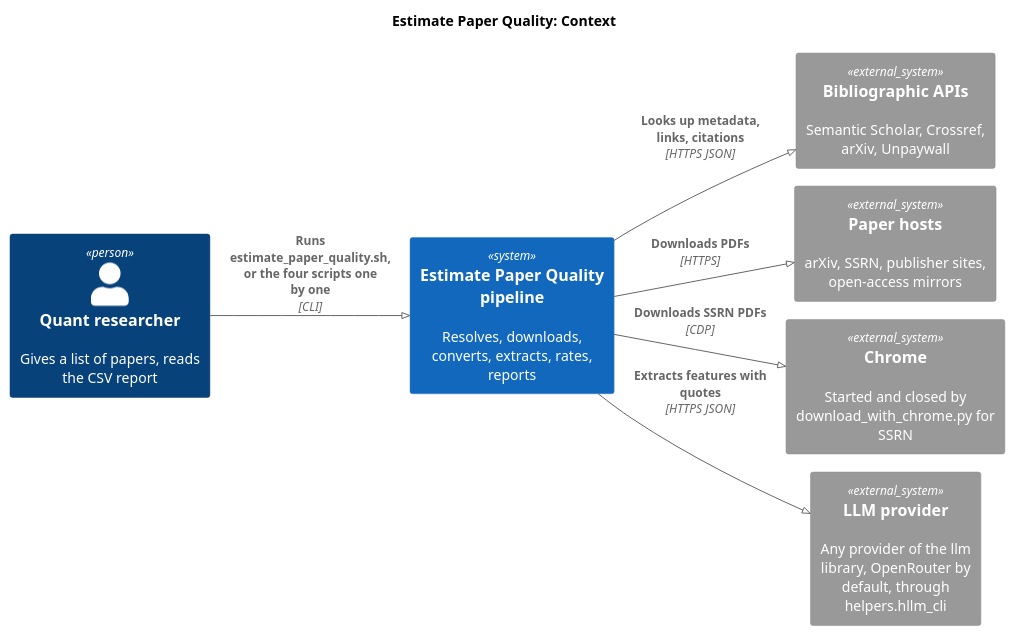
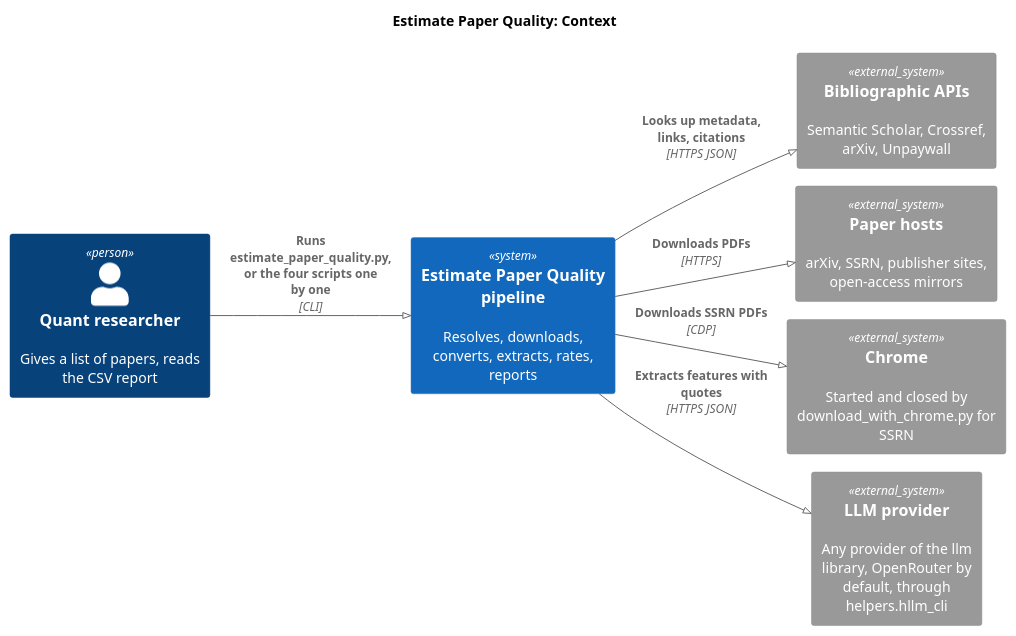
The first of 2 diagrams in research/Estimate_academic_paper_quality/docs/02-design.architecture.md (gpsaggese/gpsaggese.github.io), drawn with PlantUML before and after one commit. The commit also changed other lines of this file and 16 other files, not shown here.

````diff
--- a/research/Estimate_academic_paper_quality/docs/02-design.architecture.md
+++ b/research/Estimate_academic_paper_quality/docs/02-design.architecture.md
@@ -56,17 +56,17 @@
 ```plantuml
 !pragma layout smetana
 !include <C4/C4_Context>
 LAYOUT_LEFT_RIGHT()
 title Estimate Paper Quality: Context
 Person(user, "Quant researcher", "Gives a list of papers, reads the CSV report")
 System(epq, "Estimate Paper Quality pipeline", "Resolves, downloads, converts, extracts, rates, reports")
 System_Ext(bib, "Bibliographic APIs", "Semantic Scholar, Crossref, arXiv, Unpaywall")
 System_Ext(sites, "Paper hosts", "arXiv, SSRN, publisher sites, open-access mirrors")
 System_Ext(chrome, "Chrome", "Started and closed by download_with_chrome.py for SSRN")
 System_Ext(llm, "LLM provider", "Any provider of the llm library, OpenRouter by default, through helpers.hllm_cli")
-Rel(user, epq, "Runs estimate_paper_quality.sh, or the four scripts one by one", "CLI")
+Rel(user, epq, "Runs estimate_paper_quality.py, or the four scripts one by one", "CLI")
 Rel(epq, bib, "Looks up metadata, links, citations", "HTTPS JSON")
 Rel(epq, sites, "Downloads PDFs", "HTTPS")
 Rel(epq, chrome, "Downloads SSRN PDFs", "CDP")
 Rel(epq, llm, "Extracts features with quotes", "HTTPS JSON")
 ```
````
